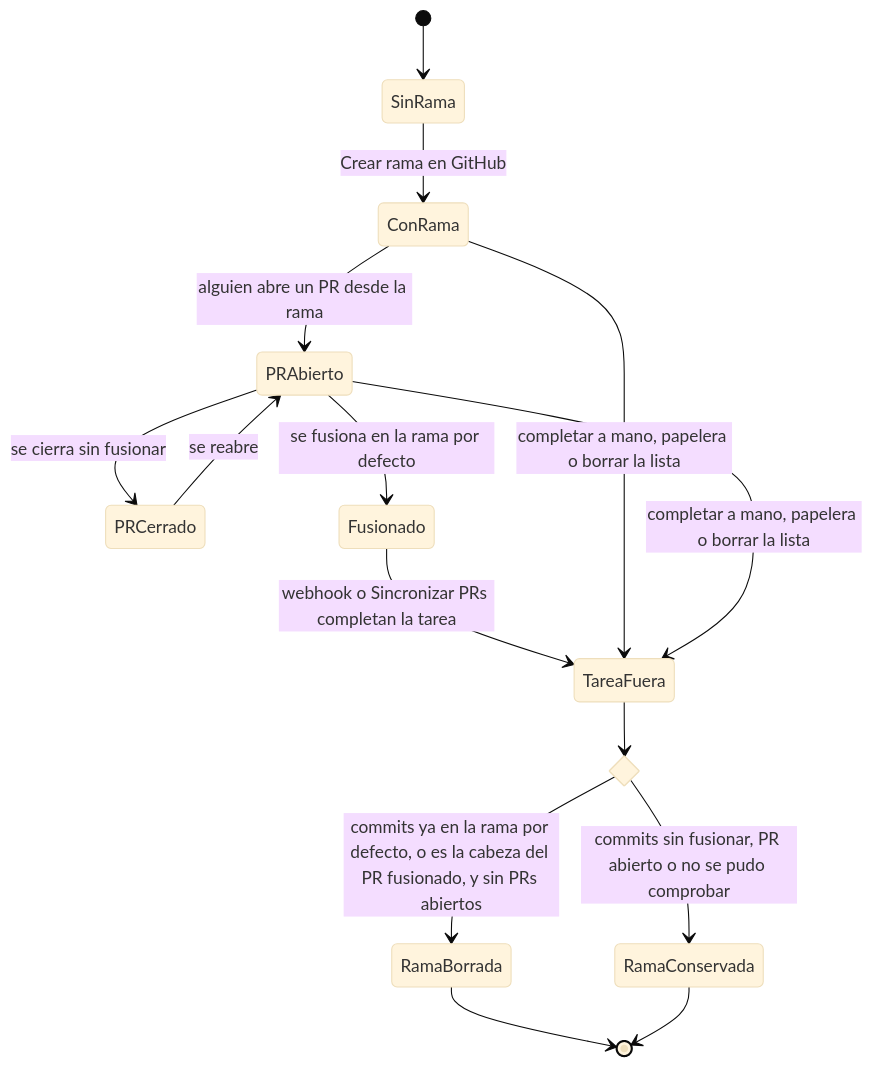
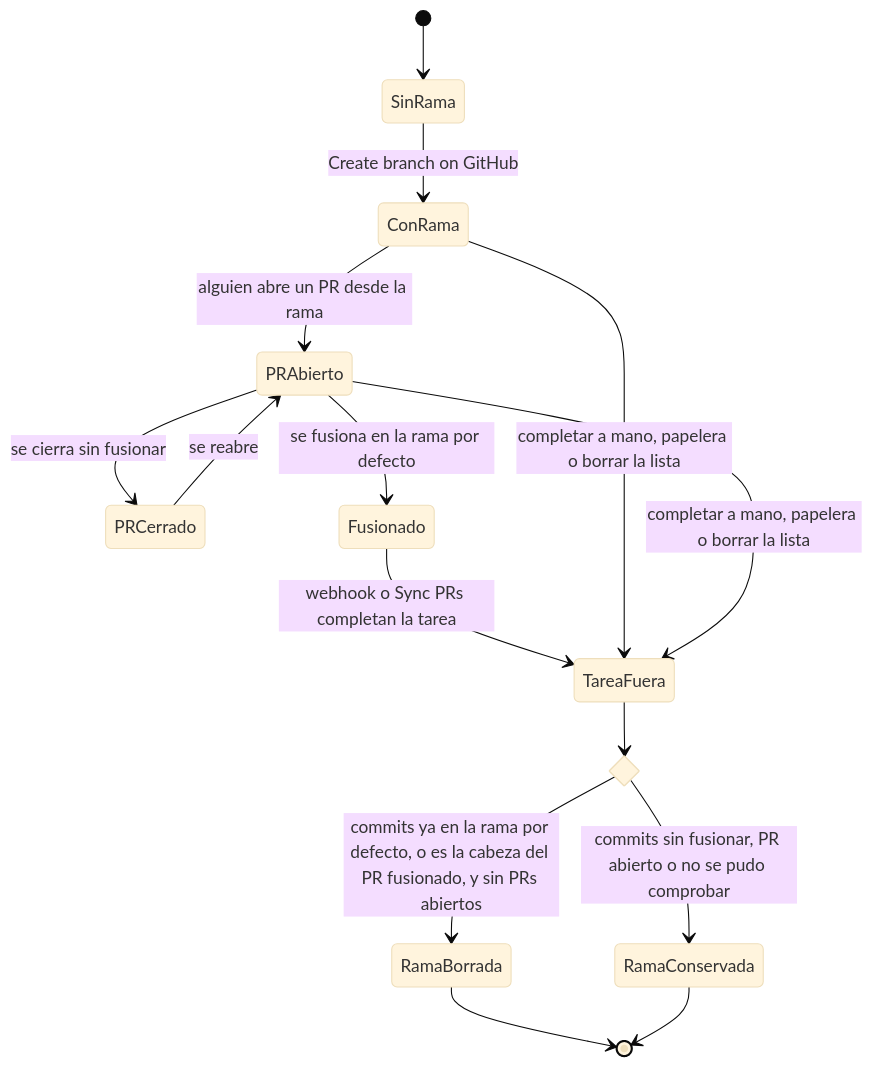
The third of 4 diagrams in documentacion/06-flujos/07-github.md (PabloP150/proyecto-is-cc6), drawn with Mermaid (base theme) before and after one commit. The commit also changed other lines of this file and 204 other files, not shown here.

First line of the commit message:
docs: update all documentation, diagrams and PNGs to the test/e2e state

````diff
--- a/documentacion/06-flujos/07-github.md
+++ b/documentacion/06-flujos/07-github.md
@@ -63,18 +64,18 @@
 ```mermaid
 stateDiagram-v2
     [*] --> SinRama
-    SinRama --> ConRama: Crear rama en GitHub
+    SinRama --> ConRama: Create branch on GitHub
     ConRama --> PRAbierto: alguien abre un PR desde la rama
     PRAbierto --> PRCerrado: se cierra sin fusionar
     PRCerrado --> PRAbierto: se reabre
     PRAbierto --> Fusionado: se fusiona en la rama por defecto
-    Fusionado --> TareaFuera: webhook o Sincronizar PRs completan la tarea
+    Fusionado --> TareaFuera: webhook o Sync PRs completan la tarea
     ConRama --> TareaFuera: completar a mano, papelera o borrar la lista
     PRAbierto --> TareaFuera: completar a mano, papelera o borrar la lista
     state Limpieza <<choice>>
     TareaFuera --> Limpieza
     Limpieza --> RamaBorrada: commits ya en la rama por defecto, o es la cabeza del PR fusionado, y sin PRs abiertos
     Limpieza --> RamaConservada: commits sin fusionar, PR abierto o no se pudo comprobar
     RamaBorrada --> [*]
     RamaConservada --> [*]
 ```
````
